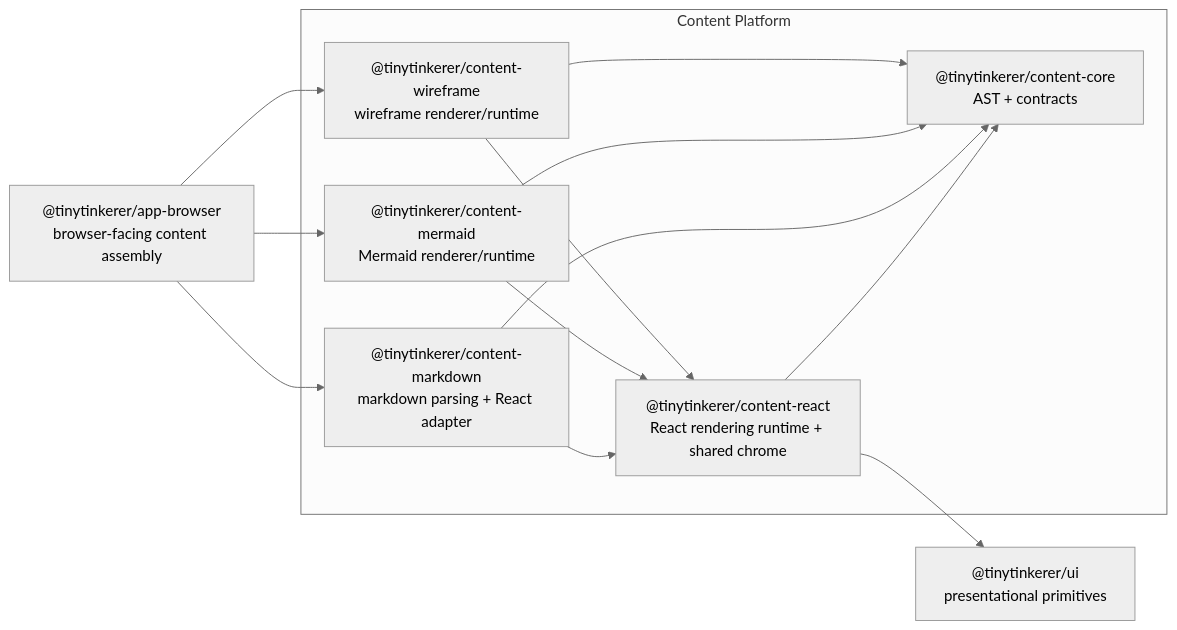
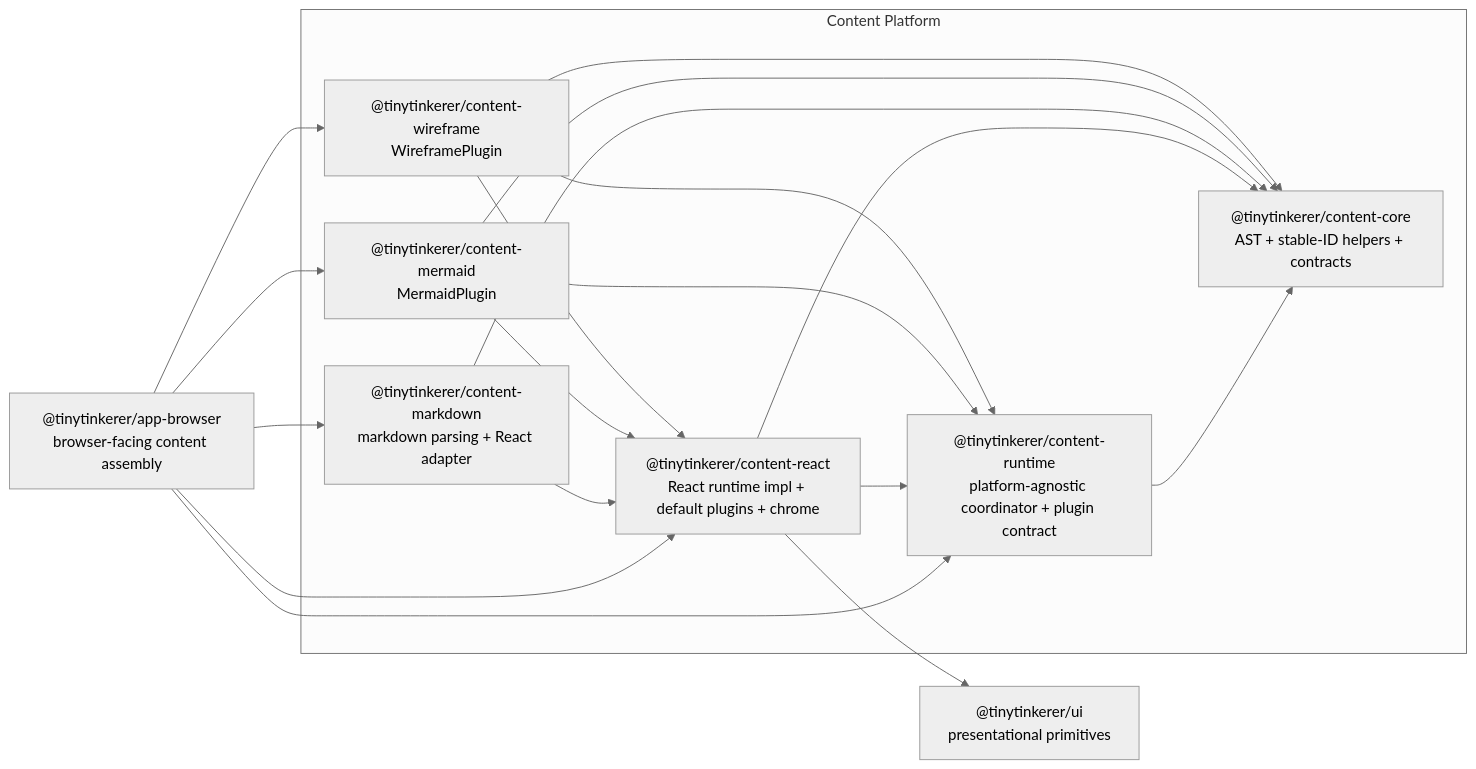
Before and after one commit to NNTin/tinytinkerer: the diagram in docs/content-platform.md, drawn with Mermaid (neutral theme). The commit also changed other lines of this file and 20 other files, not shown here.

Commit message:
refactor: content platform semantic, registry-driven and platform-agnostic

````diff
--- a/docs/content-platform.md
+++ b/docs/content-platform.md
@@ -175,29 +216,37 @@
 ```mermaid
 flowchart LR
   appbrowser["@tinytinkerer/app-browser<br/>browser-facing content assembly"]
 
   subgraph ContentPlatform["Content Platform"]
-    contentcore["@tinytinkerer/content-core<br/>AST + contracts"]
-    contentreact["@tinytinkerer/content-react<br/>React rendering runtime + shared chrome"]
+    contentcore["@tinytinkerer/content-core<br/>AST + stable-ID helpers + contracts"]
+    contentruntime["@tinytinkerer/content-runtime<br/>platform-agnostic coordinator + plugin contract"]
+    contentreact["@tinytinkerer/content-react<br/>React runtime impl + default plugins + chrome"]
     contentmarkdown["@tinytinkerer/content-markdown<br/>markdown parsing + React adapter"]
-    contentmermaid["@tinytinkerer/content-mermaid<br/>Mermaid renderer/runtime"]
-    contentwireframe["@tinytinkerer/content-wireframe<br/>wireframe renderer/runtime"]
+    contentmermaid["@tinytinkerer/content-mermaid<br/>MermaidPlugin"]
+    contentwireframe["@tinytinkerer/content-wireframe<br/>WireframePlugin"]
   end
 
   ui["@tinytinkerer/ui<br/>presentational primitives"]
 
   appbrowser --> contentmarkdown
   appbrowser --> contentmermaid
   appbrowser --> contentwireframe
+  appbrowser --> contentreact
+  appbrowser --> contentruntime
+
+  contentruntime --> contentcore
 
   contentreact --> contentcore
+  contentreact --> contentruntime
   contentreact --> ui
 
+  contentmarkdown --> contentcore
   contentmarkdown --> contentreact
-  contentmarkdown --> contentcore
+  contentmermaid --> contentcore
+  contentmermaid --> contentruntime
   contentmermaid --> contentreact
-  contentmermaid --> contentcore
 
+  contentwireframe --> contentcore
+  contentwireframe --> contentruntime
   contentwireframe --> contentreact
-  contentwireframe --> contentcore
 ```
````
